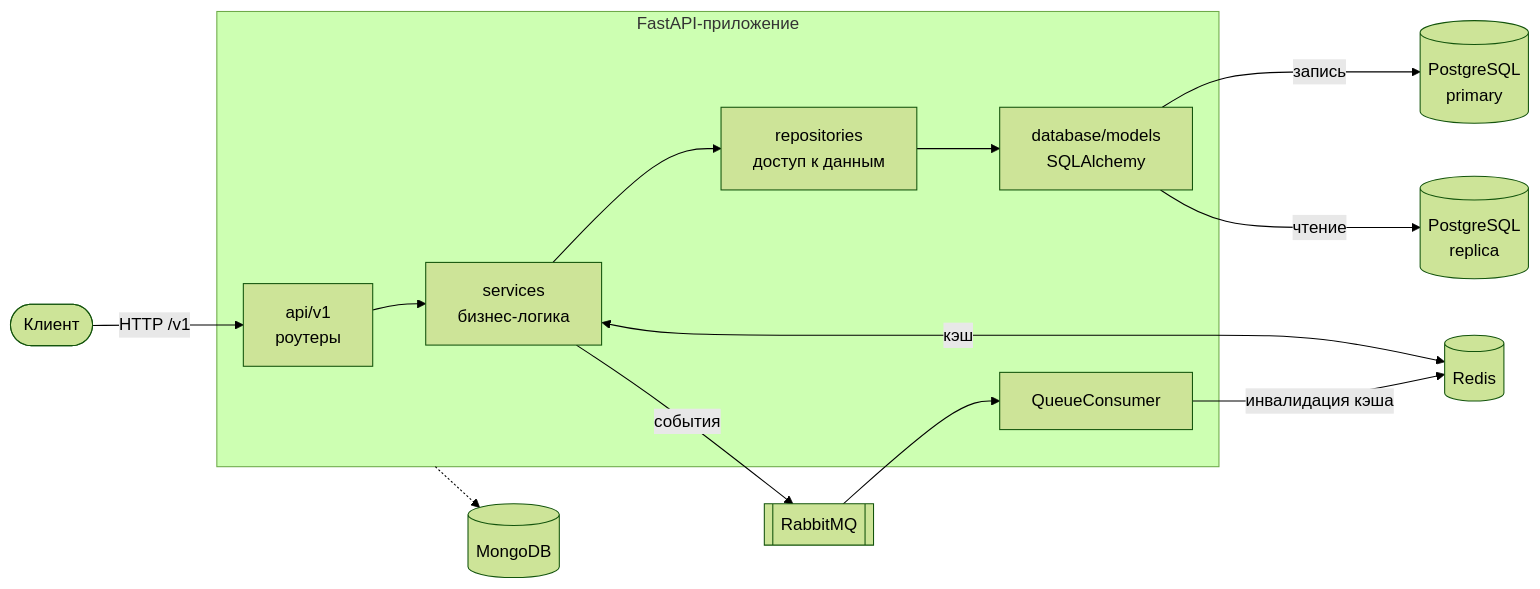
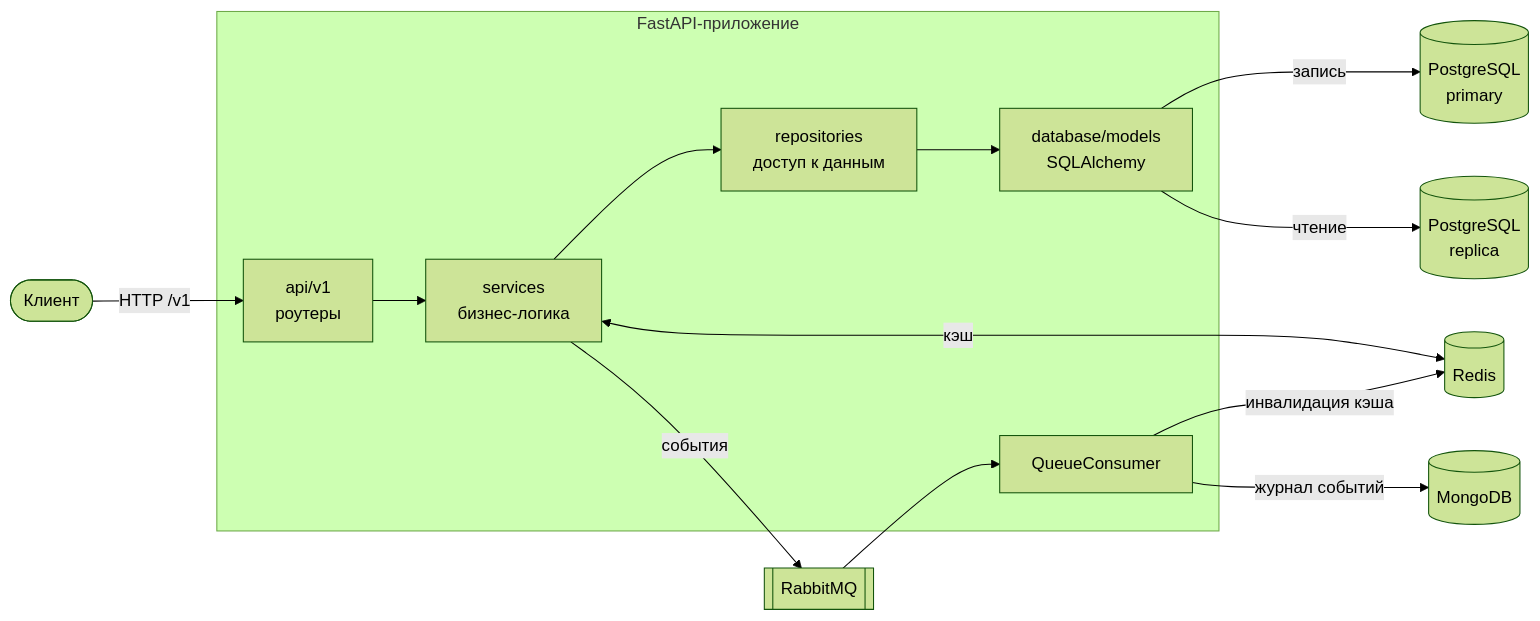
Before and after one commit to DiMiRka/SFMShop: the diagram in README.md, drawn with Mermaid (forest theme). The commit also changed other lines of this file and 25 other files, not shown here.

````diff
--- a/README.md
+++ b/README.md
@@ -42,19 +42,19 @@
 ```mermaid
 flowchart LR
     Client([Клиент]) -->|HTTP /v1| API
 
     subgraph App["FastAPI-приложение"]
         API["api/v1<br/>роутеры"] --> Services["services<br/>бизнес-логика"]
         Services --> Repos["repositories<br/>доступ к данным"]
         Repos --> Models["database/models<br/>SQLAlchemy"]
         Consumer["QueueConsumer"]
     end
 
     Models -->|запись| PGW[(PostgreSQL<br/>primary)]
     Models -->|чтение| PGR[(PostgreSQL<br/>replica)]
     Services <-->|кэш| Redis[(Redis)]
     Services -->|события| MQ[[RabbitMQ]]
     MQ --> Consumer
     Consumer -->|инвалидация кэша| Redis
-    App -.-> Mongo[(MongoDB)]
+    Consumer -->|журнал событий| Mongo[(MongoDB)]
 ```
````
